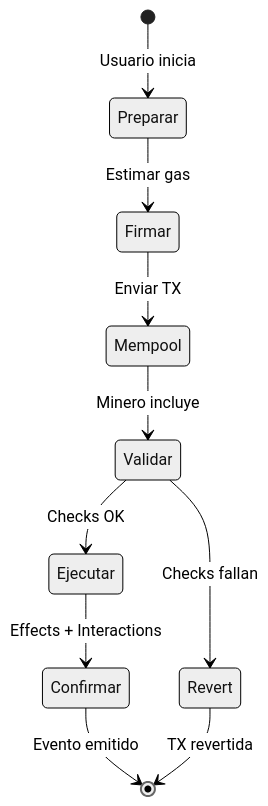
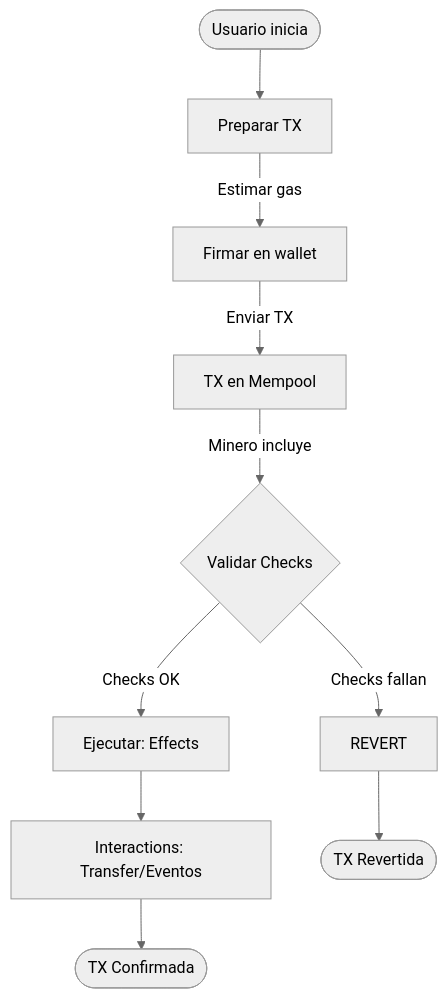
The tenth of 11 diagrams in README.md (g-centurion/KipuBankV3), drawn with Mermaid (neutral theme) before and after one commit. The commit also changed other lines of this file, not shown here.

Commit message:
fix(readme): corregir diagrama stateDiagram y abrir secci\u00f3n Diagramas por defecto

````diff
--- a/README.md
+++ b/README.md
@@ -282,13 +282,12 @@
 ```mermaid
-stateDiagram-v2
-   [*] --> Preparar: Usuario inicia
-   Preparar --> Firmar: Estimar gas
-   Firmar --> Mempool: Enviar TX
-   Mempool --> Validar: Minero incluye
-   Validar --> Ejecutar: Checks OK
-   Ejecutar --> Confirmar: Effects + Interactions
-   Confirmar --> [*]: Evento emitido
-   
-   Validar --> Revert: Checks fallan
-   Revert --> [*]: TX revertida
+flowchart TD
+   Start([Usuario inicia]) --> Preparar[Preparar TX]
+   Preparar -->|Estimar gas| Firmar[Firmar en wallet]
+   Firmar -->|Enviar TX| Mempool[TX en Mempool]
+   Mempool -->|Minero incluye| Validar{Validar Checks}
+   Validar -->|Checks OK| Ejecutar[Ejecutar: Effects]
+   Ejecutar --> Confirmar[Interactions: Transfer/Eventos]
+   Confirmar --> Success([TX Confirmada])
+   Validar -->|Checks fallan| Revert[REVERT]
+   Revert --> Failed([TX Revertida])
 ```
````
